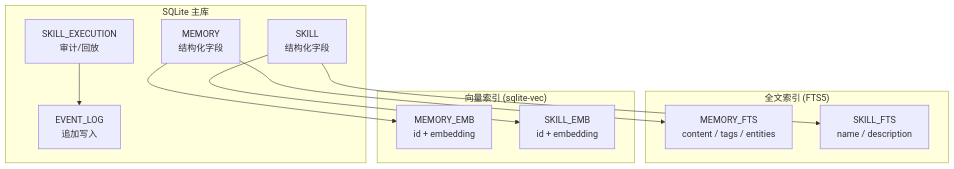
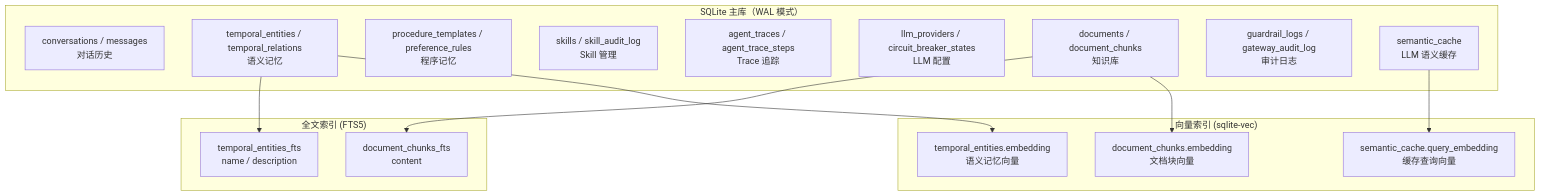
Diagram 19 of 35 in ARCHITECTURE-DIAGRAMS.md (ntygod/LifePilot), drawn with Mermaid before and after one commit. The commit also changed other lines of this file and 2 other files, not shown here.

````diff
--- a/ARCHITECTURE-DIAGRAMS.md
+++ b/ARCHITECTURE-DIAGRAMS.md
@@ -699,25 +827,31 @@
 ```mermaid
 flowchart TB
-    subgraph "SQLite 主库"
-        T1[MEMORY<br/>结构化字段]
-        T2[SKILL<br/>结构化字段]
-        T3[SKILL_EXECUTION<br/>审计/回放]
-        T4[EVENT_LOG<br/>追加写入]
+    subgraph "SQLite 主库（WAL 模式）"
+        T1[conversations / messages<br/>对话历史]
+        T2[temporal_entities / temporal_relations<br/>语义记忆]
+        T3[procedure_templates / preference_rules<br/>程序记忆]
+        T4[skills / skill_audit_log<br/>Skill 管理]
+        T5[agent_traces / agent_trace_steps<br/>Trace 追踪]
+        T6[llm_providers / circuit_breaker_states<br/>LLM 配置]
+        T7[documents / document_chunks<br/>知识库]
+        T8[guardrail_logs / gateway_audit_log<br/>审计日志]
+        T9[semantic_cache<br/>LLM 语义缓存]
     end
 
     subgraph "全文索引 (FTS5)"
-        F1[MEMORY_FTS<br/>content / tags / entities]
-        F2[SKILL_FTS<br/>name / description]
+        F1[temporal_entities_fts<br/>name / description]
+        F2[document_chunks_fts<br/>content]
     end
 
     subgraph "向量索引 (sqlite-vec)"
-        V1[MEMORY_EMB<br/>id + embedding]
-        V2[SKILL_EMB<br/>id + embedding]
+        V1[temporal_entities.embedding<br/>语义记忆向量]
+        V2[document_chunks.embedding<br/>文档块向量]
+        V3[semantic_cache.query_embedding<br/>缓存查询向量]
     end
 
-    T1 --> F1
-    T2 --> F2
-    T1 --> V1
-    T2 --> V2
-    T3 --> T4
+    T2 --> F1
+    T7 --> F2
+    T2 --> V1
+    T7 --> V2
+    T9 --> V3
 ```
````
